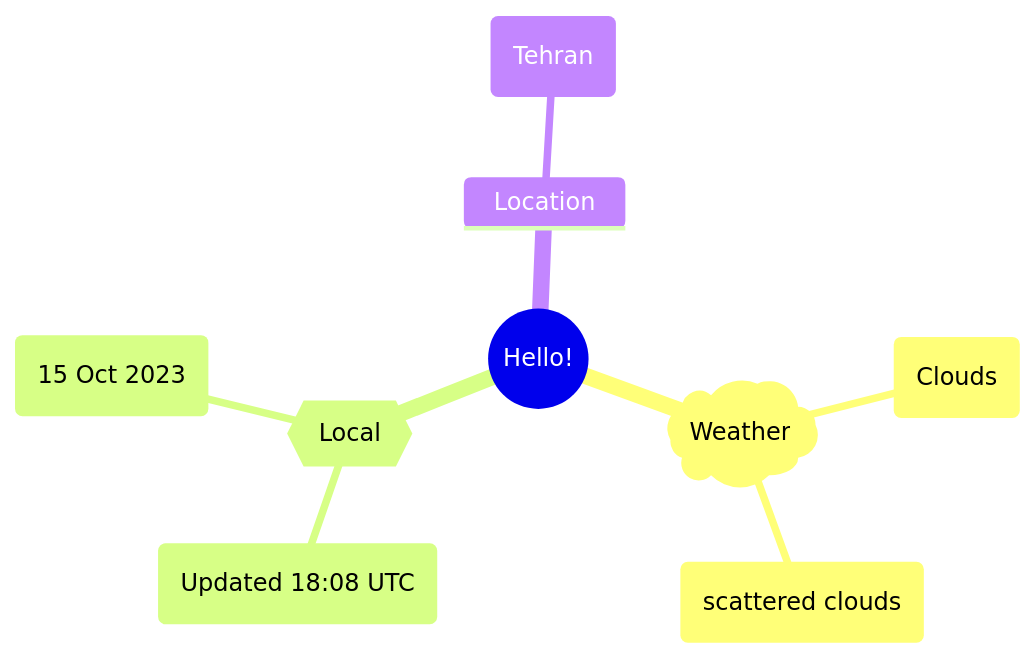
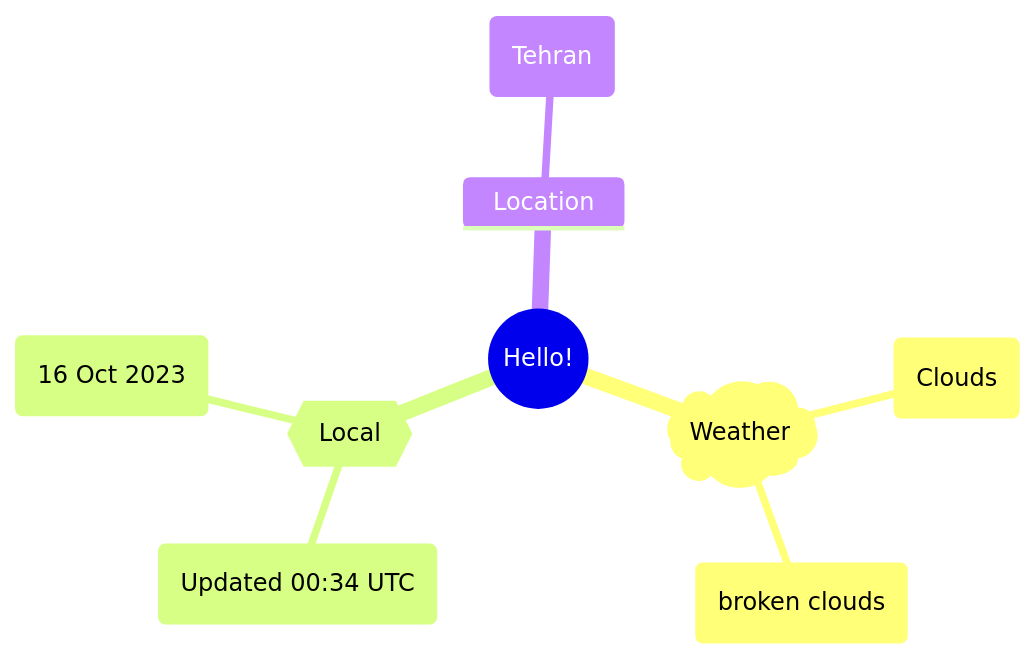
One commit to Xosrov/Xosrov changed the first of 2 diagrams in README.md. Above: the diagram before and after it, drawn with Mermaid.

Commit message:
[bot] updated images

````diff
--- a/README.md
+++ b/README.md
@@ -3,12 +3,12 @@
 ```mermaid
 mindmap
   root((Hello!))
     )Weather(
         (Clouds)
-        (scattered clouds)
+        (broken clouds)
     {{Local}}
-        (Updated 18:08 UTC)
-        (15 Oct 2023)
+        (Updated 00:34 UTC)
+        (16 Oct 2023)
     Location
         (Tehran)
 ```
````
